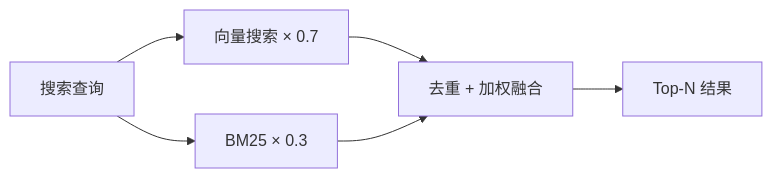
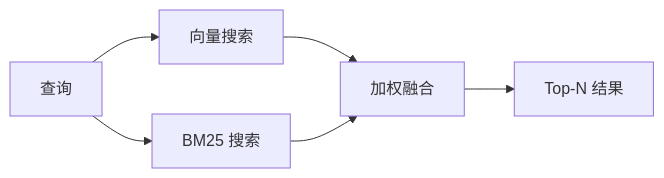
One commit to agentscope-ai/ReMe changed the sixth of 9 diagrams in README_ZH.md. Above: the diagram before and after it, drawn with Mermaid. The commit also changed other lines of this file and 2 other files, not shown here.

Commit message:
docs(readme): update documentation with detailed architecture and components

````diff
--- a/README_ZH.md
+++ b/README_ZH.md
@@ -273,8 +276,8 @@
 ```mermaid
 graph LR
-    Q[搜索查询] --> V[向量搜索 × 0.7]
-Q --> B[BM25 × 0.3]
-V --> M[去重 + 加权融合]
-B --> M
-M --> R[Top-N 结果]
+    Q[查询] --> V[向量搜索]
+    Q --> B[BM25 搜索]
+    V --> M[加权融合]
+    B --> M
+    M --> R[Top-N 结果]
 ```
````
